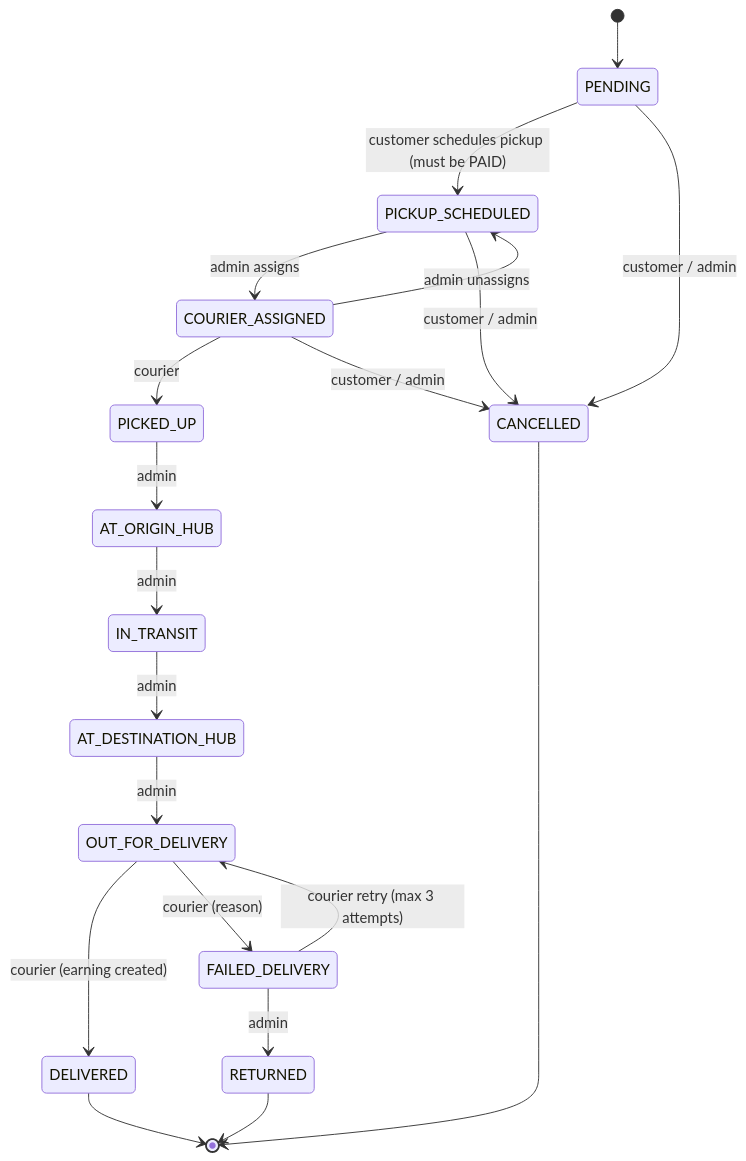
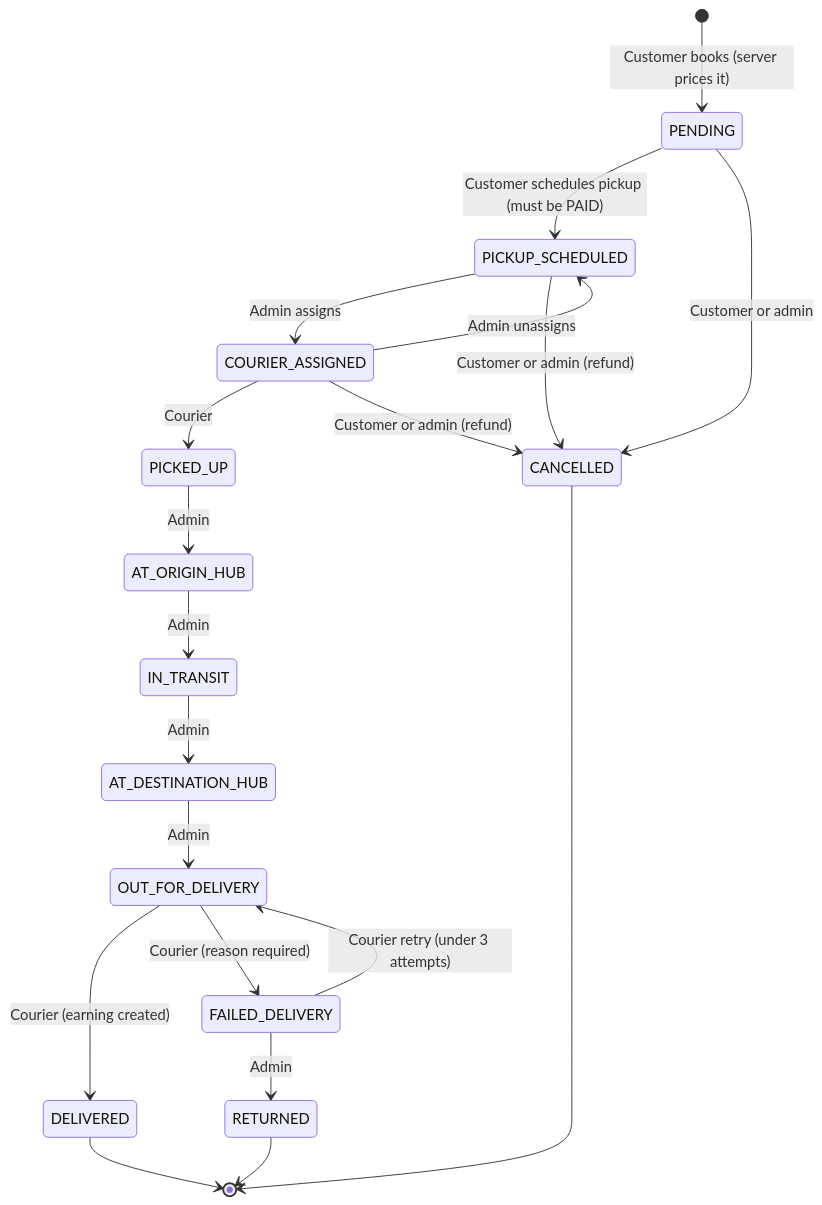
Before and after one commit to Zarif207/Carrivo: the third of 5 diagrams in docs/backend/README.md, drawn with Mermaid. The commit also changed other lines of this file and 19 other files, not shown here.

````diff
--- a/docs/backend/README.md
+++ b/docs/backend/README.md
@@ -299,22 +303,22 @@
 ```mermaid
 stateDiagram-v2
-  [*] --> PENDING
-  PENDING --> PICKUP_SCHEDULED: customer schedules pickup (must be PAID)
-  PENDING --> CANCELLED: customer / admin
-  PICKUP_SCHEDULED --> COURIER_ASSIGNED: admin assigns
-  PICKUP_SCHEDULED --> CANCELLED: customer / admin
-  COURIER_ASSIGNED --> PICKUP_SCHEDULED: admin unassigns
-  COURIER_ASSIGNED --> PICKED_UP: courier
-  COURIER_ASSIGNED --> CANCELLED: customer / admin
-  PICKED_UP --> AT_ORIGIN_HUB: admin
-  AT_ORIGIN_HUB --> IN_TRANSIT: admin
-  IN_TRANSIT --> AT_DESTINATION_HUB: admin
-  AT_DESTINATION_HUB --> OUT_FOR_DELIVERY: admin
-  OUT_FOR_DELIVERY --> DELIVERED: courier (earning created)
-  OUT_FOR_DELIVERY --> FAILED_DELIVERY: courier (reason)
-  FAILED_DELIVERY --> OUT_FOR_DELIVERY: courier retry (max 3 attempts)
-  FAILED_DELIVERY --> RETURNED: admin
-  DELIVERED --> [*]
-  RETURNED --> [*]
-  CANCELLED --> [*]
+    [*] --> PENDING : Customer books (server prices it)
+    PENDING --> PICKUP_SCHEDULED : Customer schedules pickup (must be PAID)
+    PENDING --> CANCELLED : Customer or admin
+    PICKUP_SCHEDULED --> COURIER_ASSIGNED : Admin assigns
+    PICKUP_SCHEDULED --> CANCELLED : Customer or admin (refund)
+    COURIER_ASSIGNED --> PICKUP_SCHEDULED : Admin unassigns
+    COURIER_ASSIGNED --> PICKED_UP : Courier
+    COURIER_ASSIGNED --> CANCELLED : Customer or admin (refund)
+    PICKED_UP --> AT_ORIGIN_HUB : Admin
+    AT_ORIGIN_HUB --> IN_TRANSIT : Admin
+    IN_TRANSIT --> AT_DESTINATION_HUB : Admin
+    AT_DESTINATION_HUB --> OUT_FOR_DELIVERY : Admin
+    OUT_FOR_DELIVERY --> DELIVERED : Courier (earning created)
+    OUT_FOR_DELIVERY --> FAILED_DELIVERY : Courier (reason required)
+    FAILED_DELIVERY --> OUT_FOR_DELIVERY : Courier retry (under 3 attempts)
+    FAILED_DELIVERY --> RETURNED : Admin
+    DELIVERED --> [*]
+    RETURNED --> [*]
+    CANCELLED --> [*]
 ```
````
